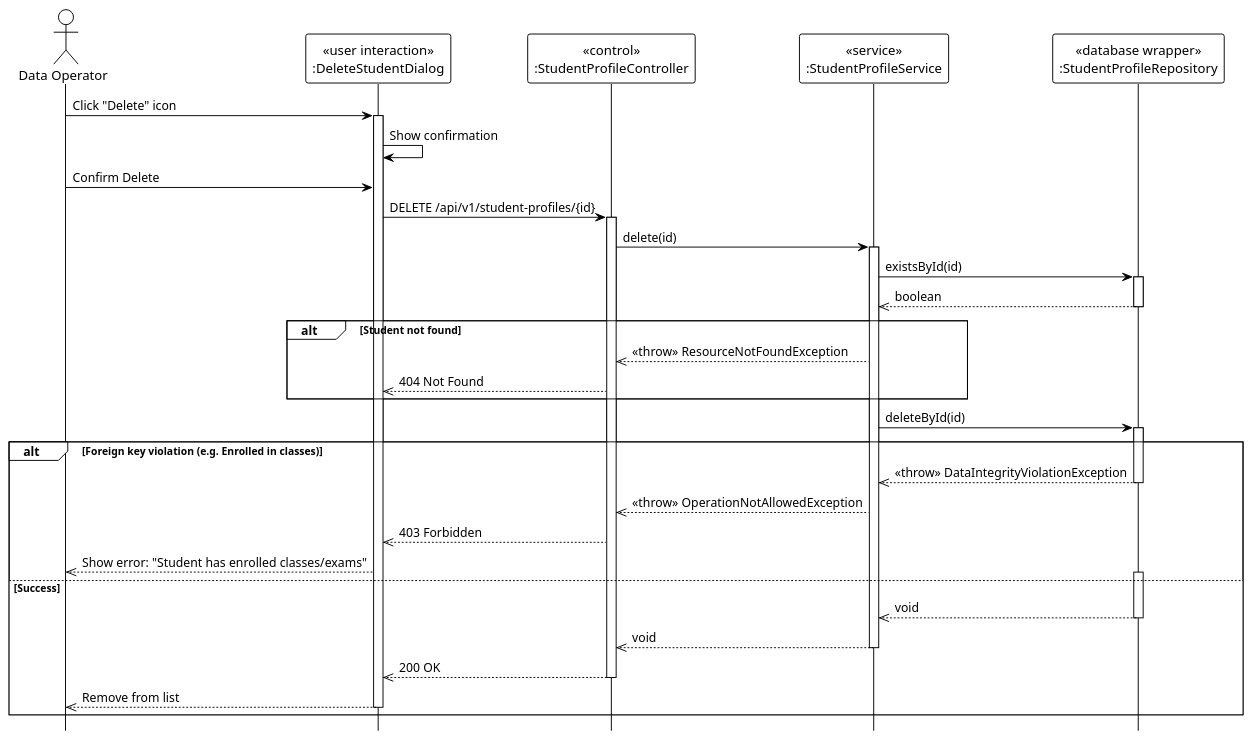
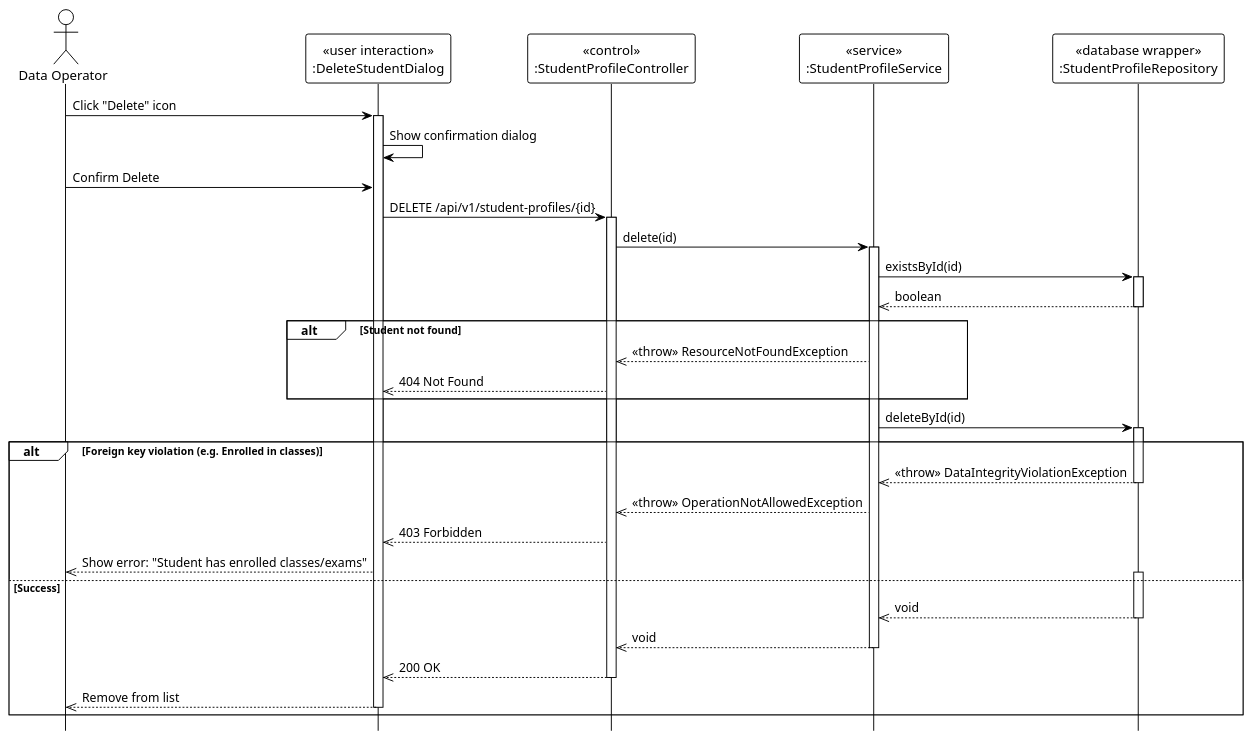
Before and after one commit to Ndh474/context: the diagram in system_detailed_design/46_delete_student/sequence_diagram_delete_student.puml, drawn with PlantUML. The commit also changed 14 other files, not shown here.

Commit message:
docs: Add system detailed design sequence and class diagrams for student and staff management features.

```diff
--- a/system_detailed_design/46_delete_student/sequence_diagram_delete_student.puml
+++ b/system_detailed_design/46_delete_student/sequence_diagram_delete_student.puml
@@ -1,61 +1,62 @@
 @startuml delete_student
 !theme plain
 hide footbox
 
 actor "Data Operator" as Admin
 
 participant "«user interaction»\n:DeleteStudentDialog" as UI
 participant "«control»\n:StudentProfileController" as Controller
 participant "«service»\n:StudentProfileService" as Service
 participant "«database wrapper»\n:StudentProfileRepository" as Repository
 
 ' --- MAIN FLOW ---
 Admin -> UI: Click "Delete" icon
 activate UI
 
-UI -> UI: Show confirmation
+UI -> UI: Show confirmation dialog
 
 Admin -> UI: Confirm Delete
+
 UI -> Controller: DELETE /api/v1/student-profiles/{id}
 activate Controller
 
 Controller -> Service: delete(id)
 activate Service
 
 ' --- CHECK EXISTENCE ---
 Service -> Repository: existsById(id)
 activate Repository
 Repository -->> Service: boolean
 deactivate Repository
 
 alt Student not found
     Service -->> Controller: <<throw>> ResourceNotFoundException
     Controller -->> UI: 404 Not Found
 end
 
 ' --- DELETE OPERATION ---
 Service -> Repository: deleteById(id)
 activate Repository
 
 alt Foreign key violation (e.g. Enrolled in classes)
     Repository -->> Service: <<throw>> DataIntegrityViolationException
     deactivate Repository
     Service -->> Controller: <<throw>> OperationNotAllowedException
     Controller -->> UI: 403 Forbidden
     UI -->> Admin: Show error: "Student has enrolled classes/exams"
 else Success
     activate Repository
     Repository -->> Service: void
     deactivate Repository
 
     Service -->> Controller: void
     deactivate Service
 
     Controller -->> UI: 200 OK
     deactivate Controller
 
     UI -->> Admin: Remove from list
     deactivate UI
 end
 
 @enduml
```
